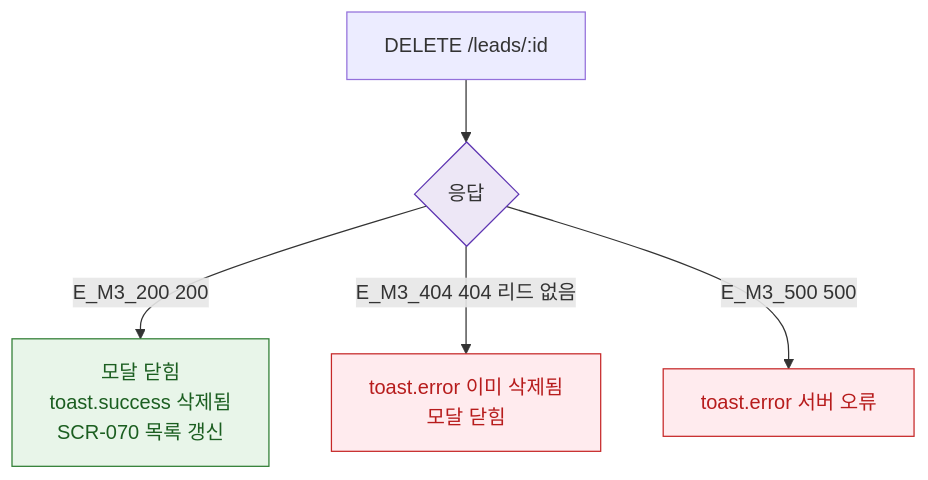
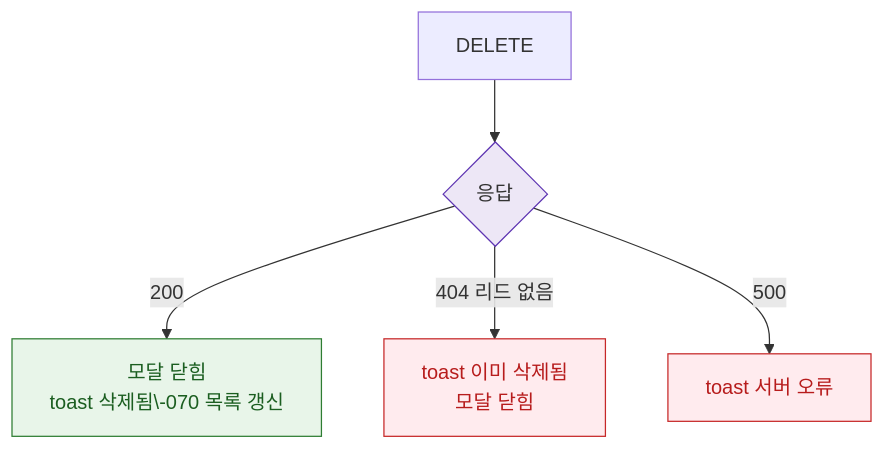
Before and after one commit to dev-spogym/admin-pando: the diagram in docs/다이어그램/D08_마케팅/DLG/DLG-070-002_리드삭제확인/M3_결과분기.md, drawn with Mermaid. The commit also changed other lines of this file and 1660 other files, not shown here.

First line of the commit message:
다이어그램: 기획자/클라이언트 납품본으로 정리

````diff
--- a/docs/다이어그램/D08_마케팅/DLG/DLG-070-002_리드삭제확인/M3_결과분기.md
+++ b/docs/다이어그램/D08_마케팅/DLG/DLG-070-002_리드삭제확인/M3_결과분기.md
@@ -14,15 +12,15 @@
 ```mermaid
 flowchart TD
-  API[DELETE /leads/:id] --> RESP{응답}
-  RESP -->|E_M3_200 200| OK[모달 닫힘\ntoast.success 삭제됨\nSCR-070 목록 갱신]
-  RESP -->|E_M3_404 404 리드 없음| ERR_404[toast.error 이미 삭제됨\n모달 닫힘]
-  RESP -->|E_M3_500 500| ERR_500[toast.error 서버 오류]
+  API[DELETE] --> RESP{응답}
+  RESP -->|200|OK[모달 닫힘\ntoast 삭제됨\-070 목록 갱신]
+  RESP -->|404 리드 없음|ERR_404[toast 이미 삭제됨\n모달 닫힘]
+  RESP -->|500|ERR_500[toast 서버 오류]
 
-  classDef success     fill:#E8F5E9,stroke:#2E7D32,color:#1B5E20
-  classDef error       fill:#FFEBEE,stroke:#C62828,color:#B71C1C
-  classDef system      fill:#EDE7F6,stroke:#5E35B2
+  classDef success fill:#E8F5E9,stroke:#2E7D32,color:#1B5E20
+  classDef error fill:#FFEBEE,stroke:#C62828,color:#B71C1C
+  classDef system fill:#EDE7F6,stroke:#5E35B2
 
   class OK success
   class ERR_404,ERR_500 error
   class RESP system
 ```
````
